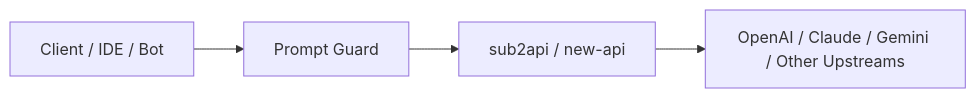
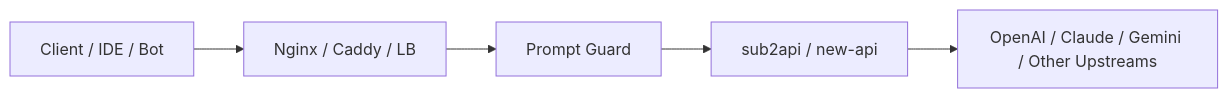
Before and after one commit to YUYUEYUER/prompt-guard: the first of 2 diagrams in README.md, drawn with Mermaid. The commit also changed other lines of this file, not shown here.

````diff
--- a/README.md
+++ b/README.md
@@ -60,6 +54,7 @@
 ```mermaid
 flowchart LR
-    A["Client / IDE / Bot"] --> B["Prompt Guard"]
-    B --> C["sub2api / new-api"]
-    C --> D["OpenAI / Claude / Gemini / Other Upstreams"]
+    A["Client / IDE / Bot"] --> B["Nginx / Caddy / LB"]
+    B --> C["Prompt Guard"]
+    C --> D["sub2api / new-api"]
+    D --> E["OpenAI / Claude / Gemini / Other Upstreams"]
 ```
````
